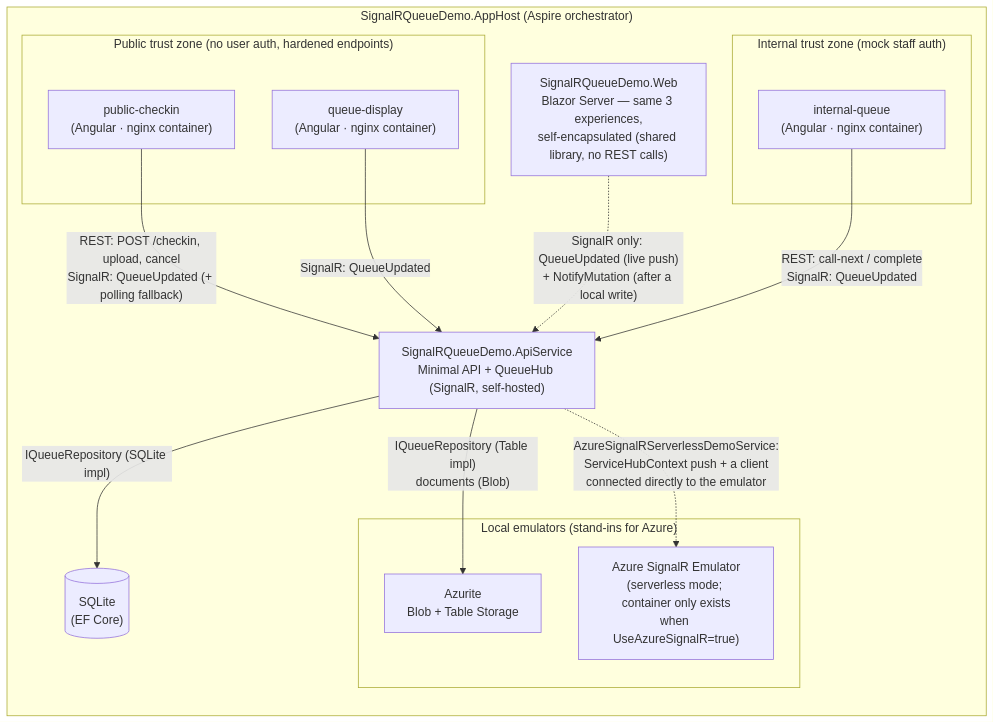
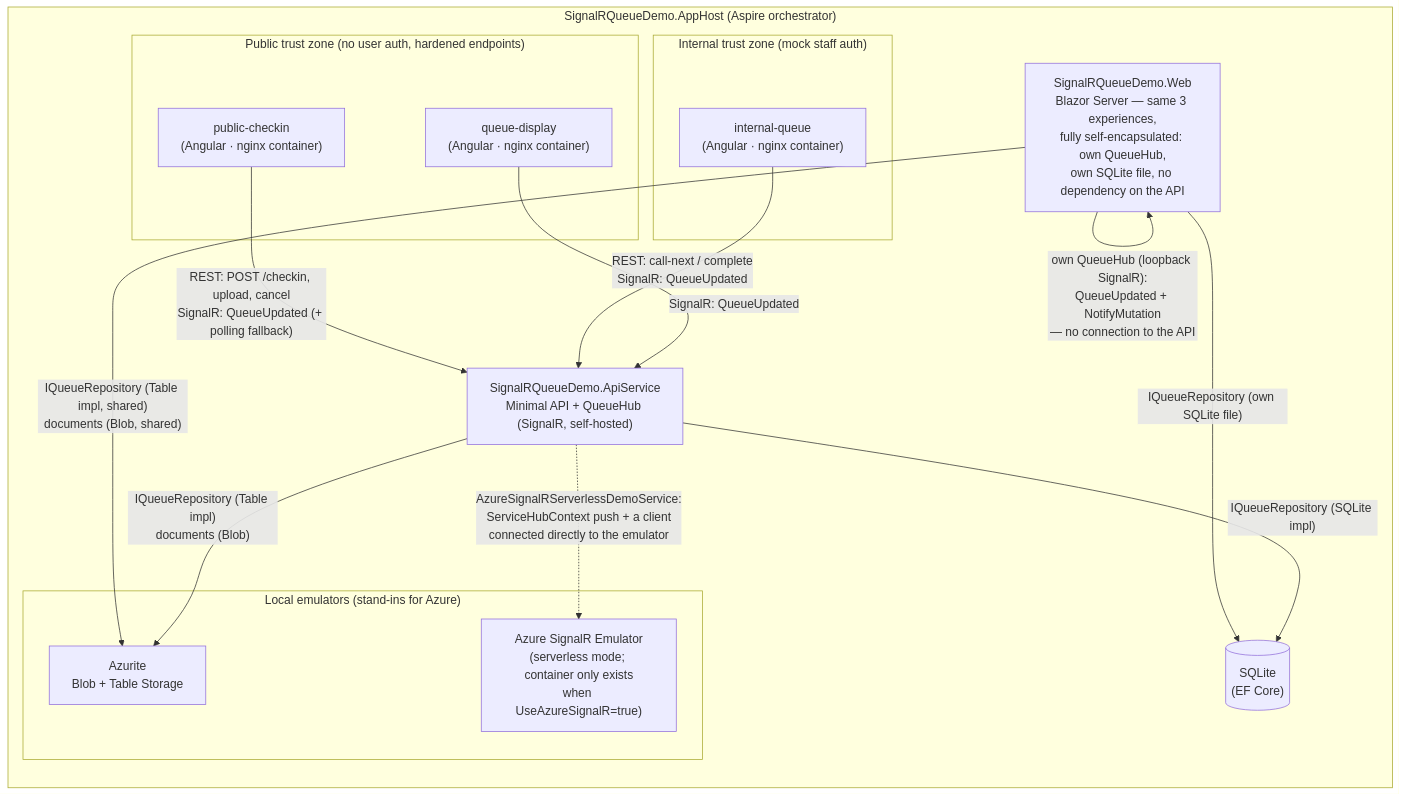
The first of 2 diagrams in docs/architecture.md (glensouza/signalr-queue-demo), drawn with Mermaid before and after one commit. The commit also changed other lines of this file and 13 other files, not shown here.

First line of the commit message:
#17: fully self-encapsulate Blazor — its own hub, own SQLite file, no API dependency

````diff
--- a/docs/architecture.md
+++ b/docs/architecture.md
@@ -9,34 +9,36 @@
 ```mermaid
 flowchart TB
     subgraph AppHost["SignalRQueueDemo.AppHost (Aspire orchestrator)"]
         direction TB
 
         subgraph public["Public trust zone (no user auth, hardened endpoints)"]
             checkin["public-checkin<br/>(Angular · nginx container)"]
             display["queue-display<br/>(Angular · nginx container)"]
         end
 
         subgraph internal["Internal trust zone (mock staff auth)"]
             staff["internal-queue<br/>(Angular · nginx container)"]
         end
 
-        blazor["SignalRQueueDemo.Web<br/>Blazor Server — same 3 experiences,<br/>self-encapsulated (shared library, no REST calls)"]
+        blazor["SignalRQueueDemo.Web<br/>Blazor Server — same 3 experiences,<br/>fully self-encapsulated: own QueueHub,<br/>own SQLite file, no dependency on the API"]
 
         api["SignalRQueueDemo.ApiService<br/>Minimal API + QueueHub (SignalR, self-hosted)"]
 
         subgraph emulators["Local emulators (stand-ins for Azure)"]
             azurite["Azurite<br/>Blob + Table Storage"]
             sigemu["Azure SignalR Emulator<br/>(serverless mode; container only exists<br/>when UseAzureSignalR=true)"]
         end
 
         sqlite[("SQLite<br/>(EF Core)")]
     end
 
     checkin -- "REST: POST /checkin, upload, cancel<br/>SignalR: QueueUpdated (+ polling fallback)" --> api
     staff -- "REST: call-next / complete<br/>SignalR: QueueUpdated" --> api
     display -- "SignalR: QueueUpdated" --> api
-    blazor -. "SignalR only: QueueUpdated (live push)<br/>+ NotifyMutation (after a local write)" .-> api
+    blazor -- "own QueueHub (loopback SignalR):<br/>QueueUpdated + NotifyMutation<br/>— no connection to the API" --> blazor
+    blazor -- "IQueueRepository (own SQLite file)" --> sqlite
+    blazor -- "IQueueRepository (Table impl, shared)<br/>documents (Blob, shared)" --> azurite
     api -- "IQueueRepository (SQLite impl)" --> sqlite
     api -- "IQueueRepository (Table impl)<br/>documents (Blob)" --> azurite
     api -. "AzureSignalRServerlessDemoService:<br/>ServiceHubContext push + a client<br/>connected directly to the emulator" .-> sigemu
 ```
````
